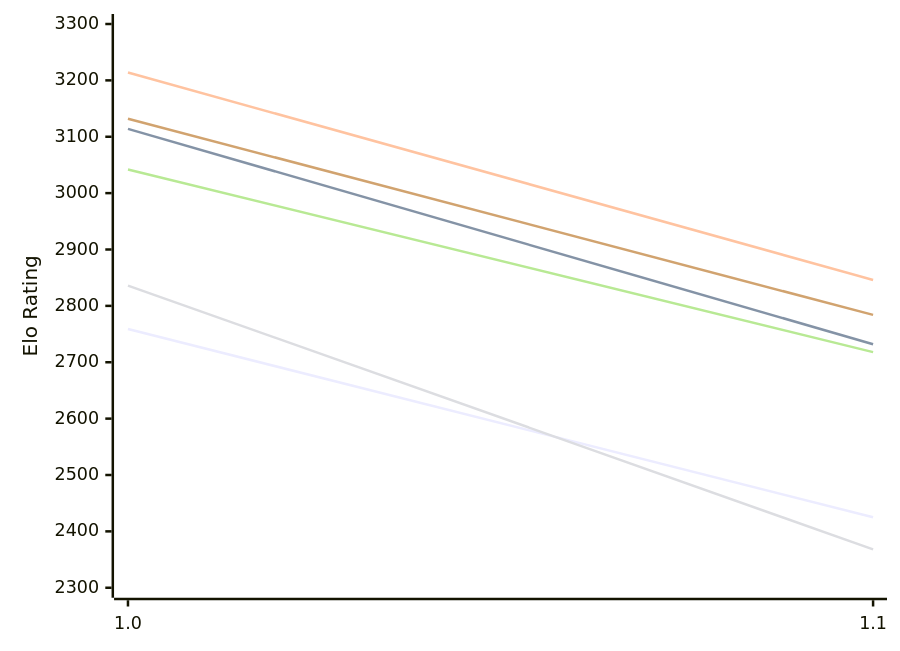
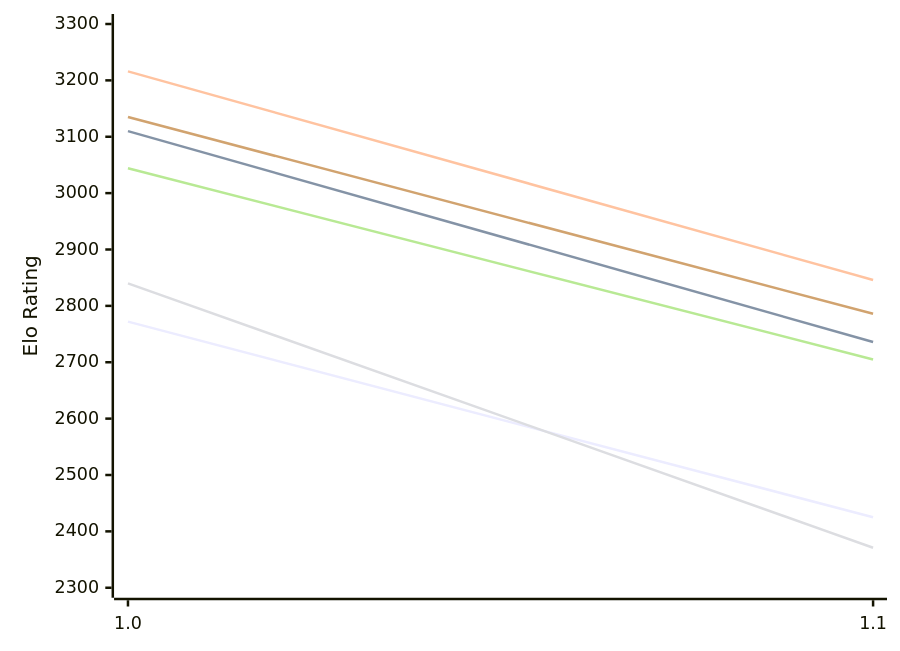
One commit to computer-chess-index/cci changed the first of 2 diagrams in engines/Publius.md. Above: the diagram before and after it, drawn with Mermaid. The commit also changed other lines of this file, not shown here.

Commit message:
Update CCI Ratings (ELO VLTC) - 2026-11-24

````diff
--- a/engines/Publius.md
+++ b/engines/Publius.md
@@ -50,12 +50,12 @@
 ```mermaid
 %%{init: {"theme":"base","themeVariables":{"seriesColors:['#a3a3a3','#222221','#faa371']}}}%%
 xychart-beta
   x-axis ["1.0", "1.1"]
   y-axis "Elo Rating" 2300 --> 3300
-  line "E1: STC (8.0+0.08s)" [2759, 2425]
-  line "E1: LTC (60.0+0.60s)" [3114, 2732]
-  line "E1: VLTC (2m24s+1.12s)" [3214, 2846]
-  line "P1: STC (8.0+0.08s)" [2836, 2368]
-  line "P1: LTC (60.0+0.60s)" [3042, 2718]
-  line "P1: VLTC (2m24s+1.12s)" [3132, 2784]
+  line "E1: STC (8.0+0.08s)" [2772, 2425]
+  line "E1: LTC (60.0+0.60s)" [3110, 2736]
+  line "E1: VLTC (2m24s+1.12s)" [3216, 2846]
+  line "P1: STC (8.0+0.08s)" [2840, 2371]
+  line "P1: LTC (60.0+0.60s)" [3044, 2705]
+  line "P1: VLTC (2m24s+1.12s)" [3135, 2786]
 ```
````
